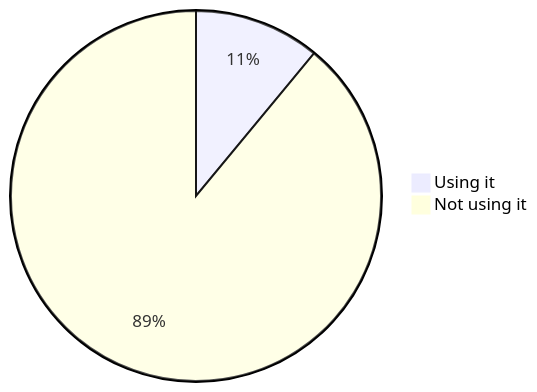
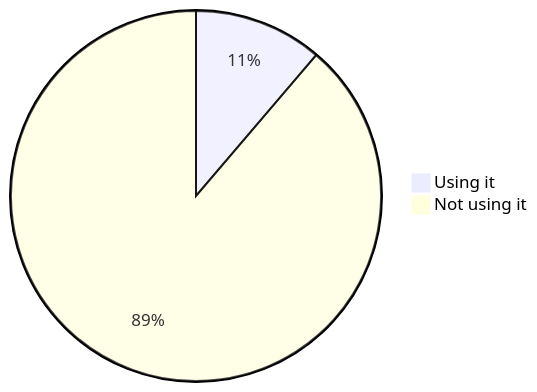
Before and after one commit to oshp/oshp-stats: the fourth of 19 diagrams in stats.md, drawn with Mermaid. The commit also changed other lines of this file, not shown here.

````diff
--- a/stats.md
+++ b/stats.md
@@ -44,6 +44,6 @@
 ```mermaid
 pie
-	"Using it" : 11.0
-	"Not using it" : 89.0
+	"Using it" : 11.24
+	"Not using it" : 88.76
 
 ```
````
